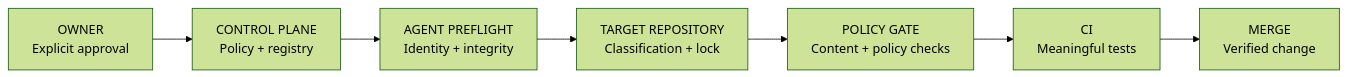
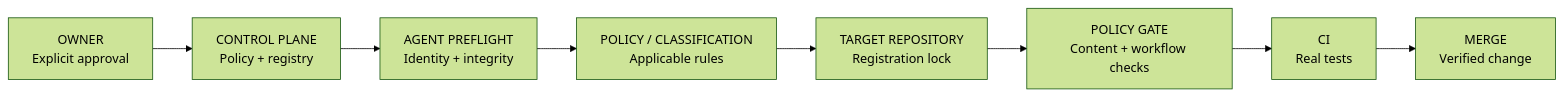
Before and after one commit to HouseNet-Projects/house-net: the diagram in README.md, drawn with Mermaid (forest theme). The commit also changed other lines of this file and 37 other files, not shown here.

````diff
--- a/README.md
+++ b/README.md
@@ -32,9 +35,10 @@
 ```mermaid
 flowchart LR
-    O[OWNER\nExplicit approval] --> C[CONTROL PLANE\nPolicy + registry]
-    C --> A[AGENT PREFLIGHT\nIdentity + integrity]
-    A --> R[TARGET REPOSITORY\nClassification + lock]
-    R --> G[POLICY GATE\nContent + policy checks]
-    G --> T[CI\nMeaningful tests]
-    T --> M[MERGE\nVerified change]
+    O[OWNER<br/>Explicit approval] --> C[CONTROL PLANE<br/>Policy + registry]
+    C --> A[AGENT PREFLIGHT<br/>Identity + integrity]
+    A --> P[POLICY / CLASSIFICATION<br/>Applicable rules]
+    P --> R[TARGET REPOSITORY<br/>Registration lock]
+    R --> G[POLICY GATE<br/>Content + workflow checks]
+    G --> I[CI<br/>Real tests]
+    I --> M[MERGE<br/>Verified change]
 ```
````
